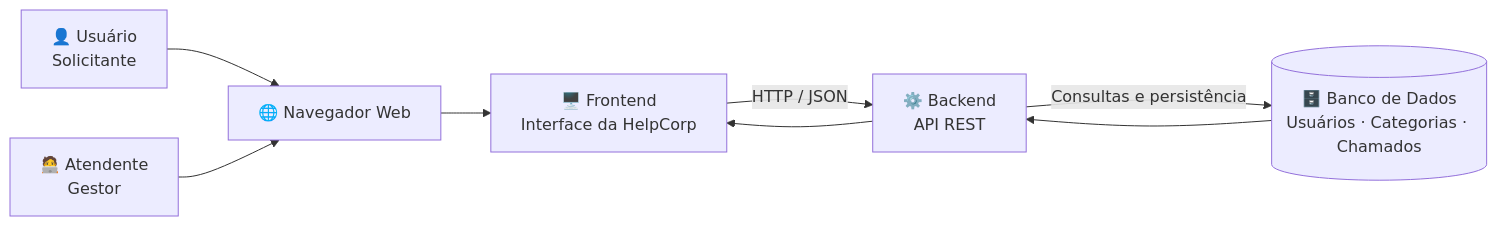
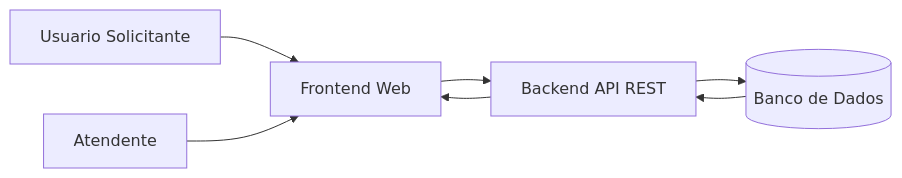
Before and after one commit to SaahMukai/PI-HelpCorp-Senac: the diagram in README.md, drawn with Mermaid. The commit also changed other lines of this file, not shown here.

````diff
--- a/README.md
+++ b/README.md
@@ -36,22 +35,15 @@
 ```mermaid
 flowchart LR
+    U[Usuario Solicitante]
+    A[Atendente]
+    F[Frontend Web]
+    B[Backend API REST]
+    DB[(Banco de Dados)]
 
-    U["👤 Usuário<br>Solicitante"]
-    A["🧑‍💻 Atendente<br>Gestor"]
-
-    WEB["🌐 Navegador Web"]
-
-    FRONT["🖥️ Frontend<br>Interface da HelpCorp"]
-
-    API["⚙️ Backend<br>API REST"]
-
-    DB[("🗄️ Banco de Dados<br>Usuários · Categorias · Chamados")]
-
-    U --> WEB
-    A --> WEB
-    WEB --> FRONT
-    FRONT -->|HTTP / JSON| API
-    API -->|Consultas e persistência| DB
-    DB --> API
-    API --> FRONT
+    U --> F
+    A --> F
+    F --> B
+    B --> DB
+    DB --> B
+    B --> F
 ```
````
